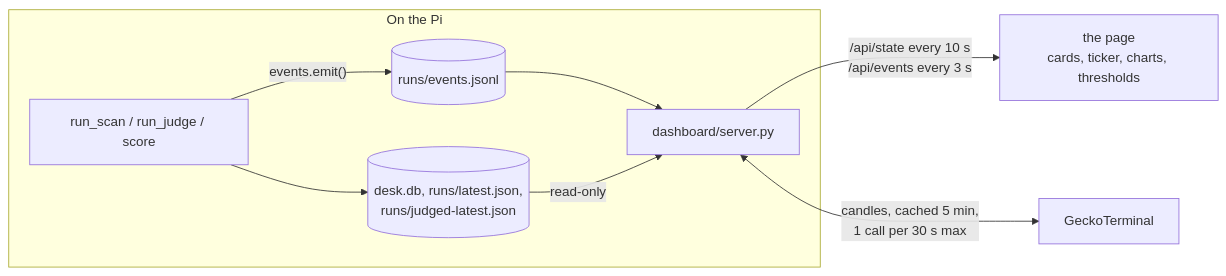
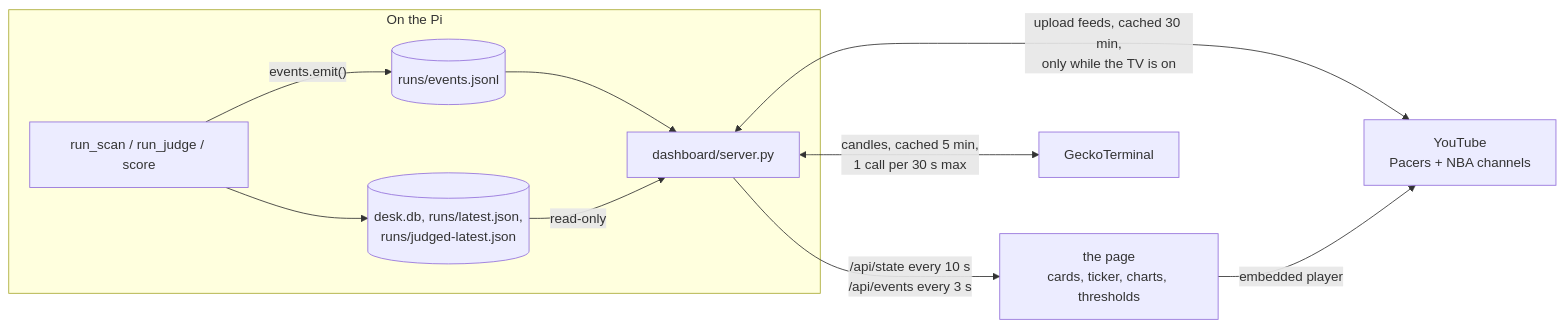
One commit to NickHammer/jev-desk changed the third of 11 diagrams in ARCHITECTURE.md. Above: the diagram before and after it, drawn with Mermaid. The commit also changed other lines of this file and 7 other files, not shown here.

````diff
--- a/ARCHITECTURE.md
+++ b/ARCHITECTURE.md
@@ -68,12 +68,14 @@
 ```mermaid
 flowchart LR
     subgraph pi["On the Pi"]
         steps["run_scan / run_judge / score"] -- "events.emit()" --> log[("runs/events.jsonl")]
         steps --> files[("desk.db, runs/latest.json,<br/>runs/judged-latest.json")]
         srv["dashboard/server.py"]
         log --> srv
         files -- "read-only" --> srv
     end
     srv -- "/api/state every 10 s<br/>/api/events every 3 s" --> page["the page<br/>cards, ticker, charts, thresholds"]
     srv <-- "candles, cached 5 min,<br/>1 call per 30 s max" --> gt2["GeckoTerminal"]
+    srv <-- "upload feeds, cached 30 min,<br/>only while the TV is on" --> yt["YouTube<br/>Pacers + NBA channels"]
+    page -- "embedded player" --> yt
 ```
````
